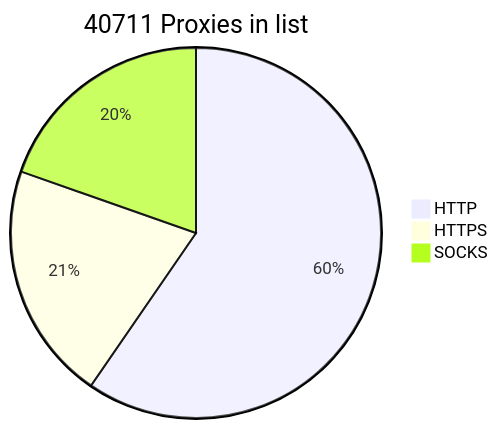
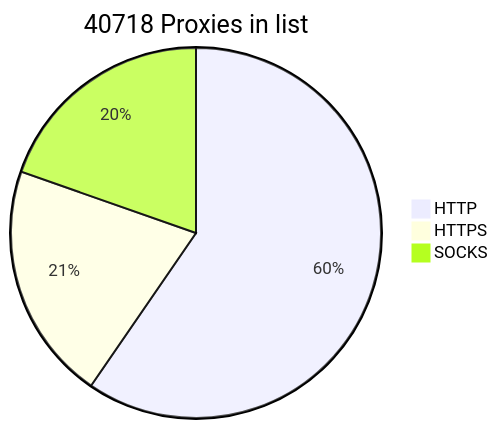
The diagram in README.md (BlackSnowDot/proxylist-update-every-minute), drawn with Mermaid before and after one commit. The commit also changed other lines of this file, not shown here.

````diff
--- a/README.md
+++ b/README.md
@@ -2,6 +2,6 @@
 ```mermaid
-pie title 40711 Proxies in list
-    "HTTP" : 28189
-    "HTTPS": 9834
-    "SOCKS" : 9282
+pie title 40718 Proxies in list
+    "HTTP" : 28191
+    "HTTPS": 9836
+    "SOCKS" : 9287
 ```
````
